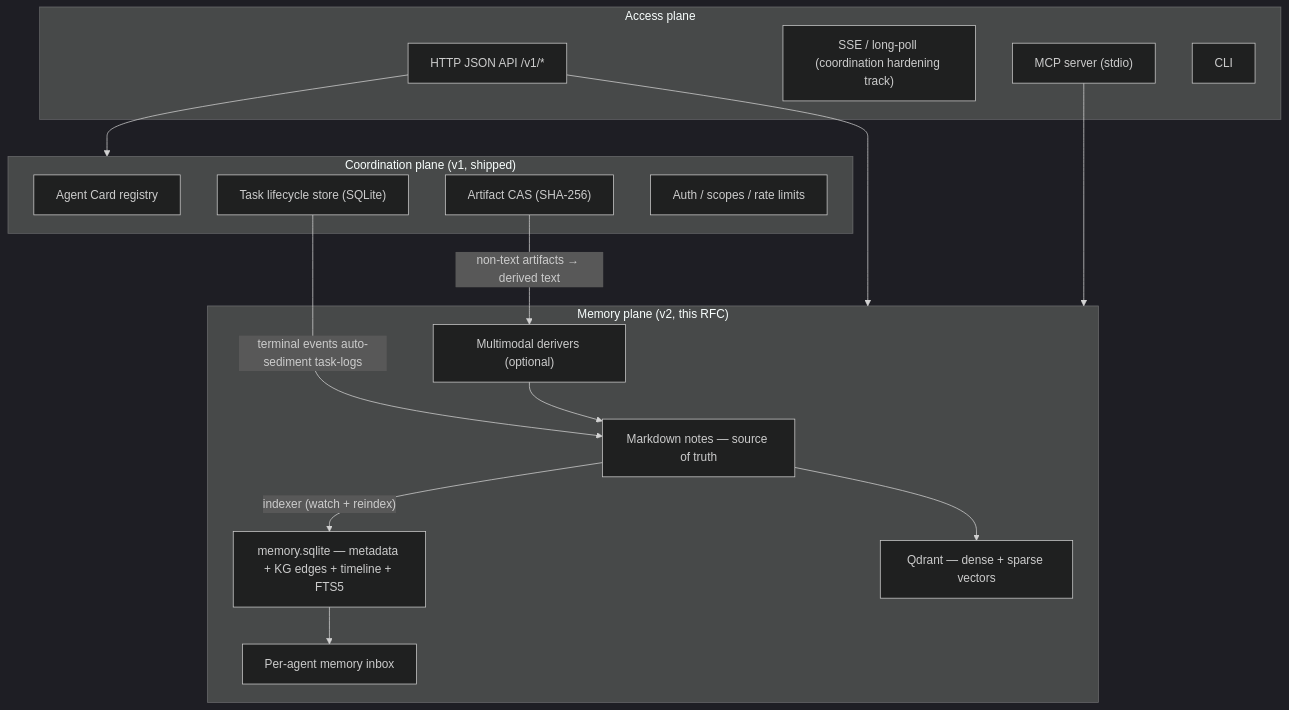
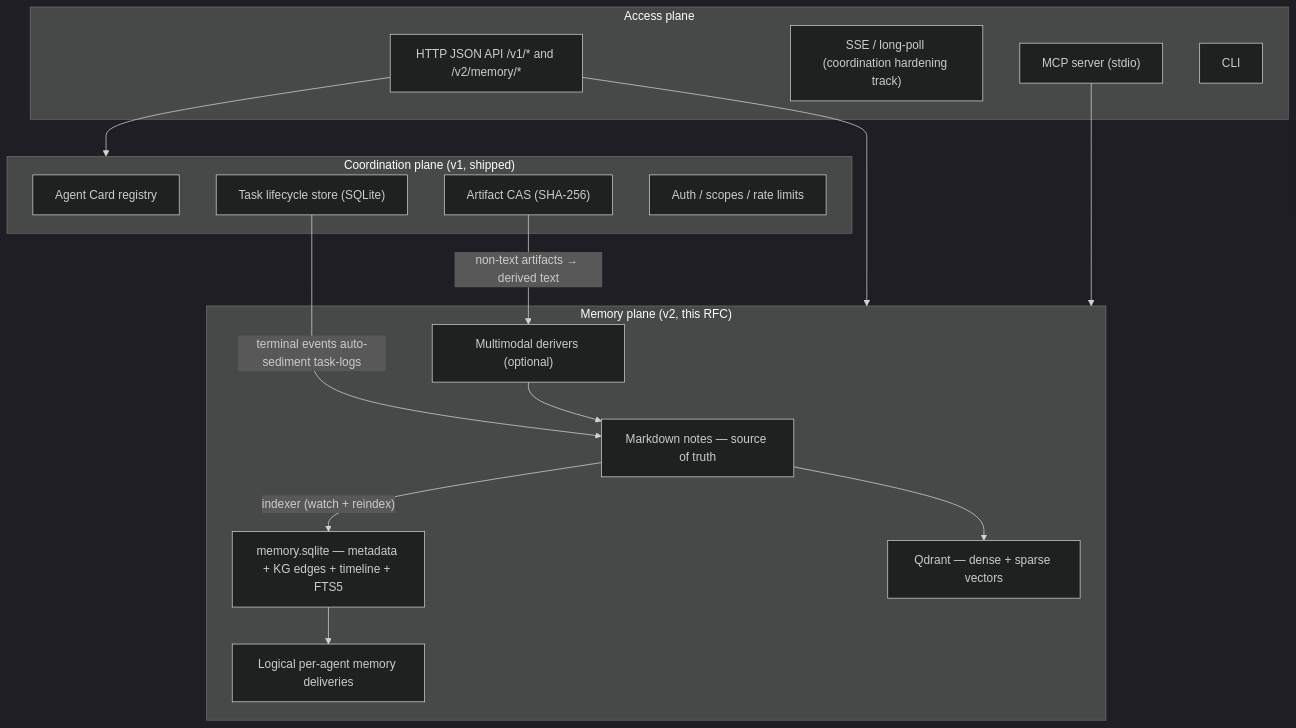
One commit to phenomenoner/a2a-superhub changed the first of 2 diagrams in docs/DESIGN.md. Above: the diagram before and after it, drawn with Mermaid (dark theme). The commit also changed other lines of this file and 50 other files, not shown here.

````diff
--- a/docs/DESIGN.md
+++ b/docs/DESIGN.md
@@ -40,34 +50,34 @@
 ```mermaid
 flowchart TB
   subgraph ACCESS["Access plane"]
-    HTTP["HTTP JSON API /v1/*"]
+    HTTP["HTTP JSON API /v1/* and /v2/memory/*"]
     SSE["SSE / long-poll (coordination hardening track)"]
     MCP["MCP server (stdio)"]
     CLI["CLI"]
   end
 
   subgraph COORD["Coordination plane (v1, shipped)"]
     REG["Agent Card registry"]
     TASK["Task lifecycle store (SQLite)"]
     ART["Artifact CAS (SHA-256)"]
     POL["Auth / scopes / rate limits"]
   end
 
   subgraph MEM["Memory plane (v2, this RFC)"]
     MD["Markdown notes — source of truth"]
     IDX["memory.sqlite — metadata + KG edges + timeline + FTS5"]
     QDR["Qdrant — dense + sparse vectors"]
-    INBOX["Per-agent memory inbox"]
+    INBOX["Logical per-agent memory deliveries"]
     DERIV["Multimodal derivers (optional)"]
   end
 
   HTTP --> COORD
   HTTP --> MEM
   MCP --> MEM
   TASK -- "terminal events auto-sediment task-logs" --> MD
   ART -- "non-text artifacts → derived text" --> DERIV
   DERIV --> MD
   MD -- "indexer (watch + reindex)" --> IDX
   MD --> QDR
   IDX --> INBOX
 ```
````
